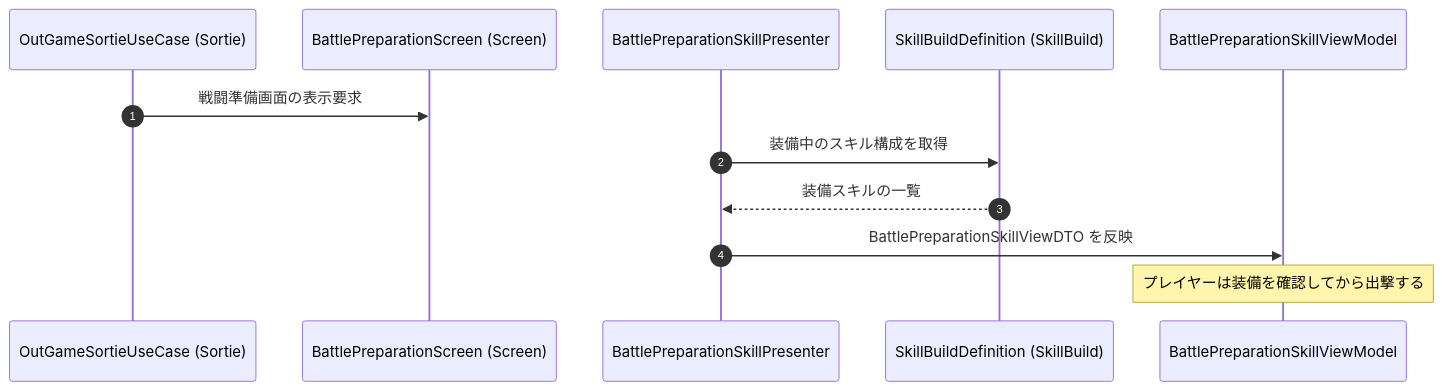
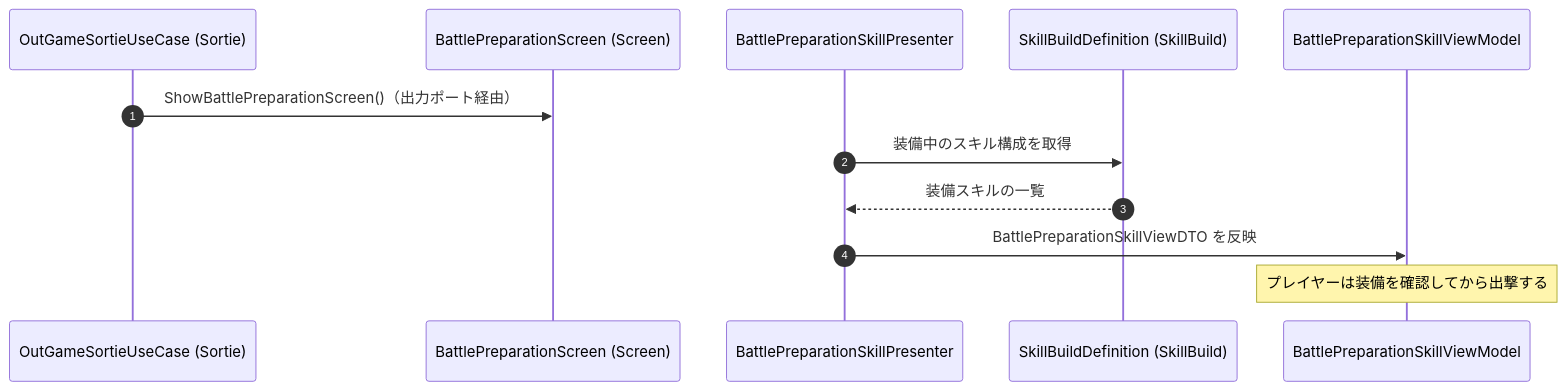
One commit to HIBIKI5201/SymphonyKillChord changed the second of 2 diagrams in Assets/Docs/ScriptsDocs/Modules/NotionModuleDocs/BattlePreparation.md. Above: the diagram before and after it, drawn with Mermaid. The commit also changed other lines of this file and 8 other files, not shown here.

````diff
--- a/Assets/Docs/ScriptsDocs/Modules/NotionModuleDocs/BattlePreparation.md
+++ b/Assets/Docs/ScriptsDocs/Modules/NotionModuleDocs/BattlePreparation.md
@@ -120,15 +122,15 @@
 ```mermaid
 sequenceDiagram
     autonumber
     participant Sortie as OutGameSortieUseCase (Sortie)
     participant Screen as BattlePreparationScreen (Screen)
     participant Presenter as BattlePreparationSkillPresenter
     participant Build as SkillBuildDefinition (SkillBuild)
     participant VM as BattlePreparationSkillViewModel
 
-    Sortie ->> Screen: 戦闘準備画面の表示要求
+    Sortie ->> Screen: ShowBattlePreparationScreen()（出力ポート経由）
     Presenter ->> Build: 装備中のスキル構成を取得
     Build -->> Presenter: 装備スキルの一覧
     Presenter ->> VM: BattlePreparationSkillViewDTO を反映
     Note over VM: プレイヤーは装備を確認してから出撃する
 ```
````
